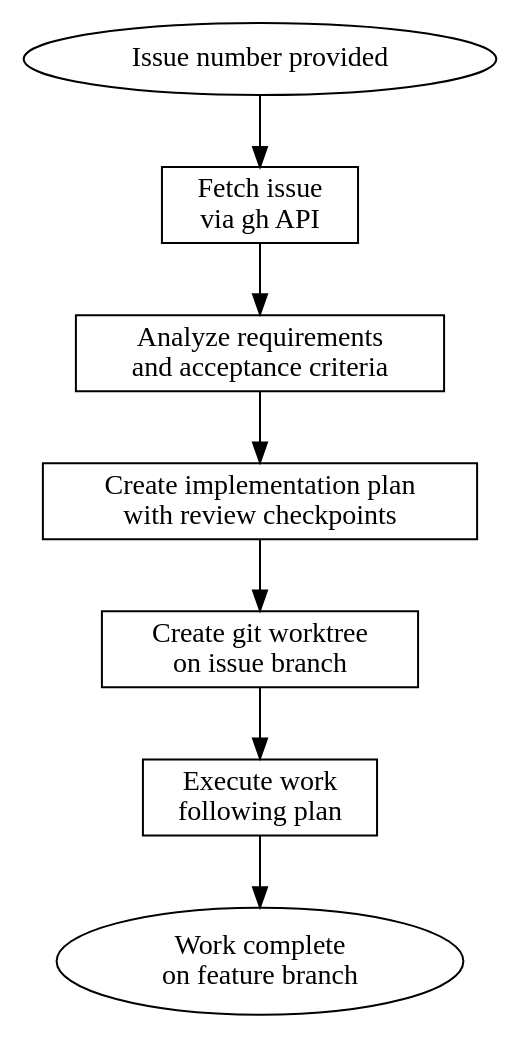
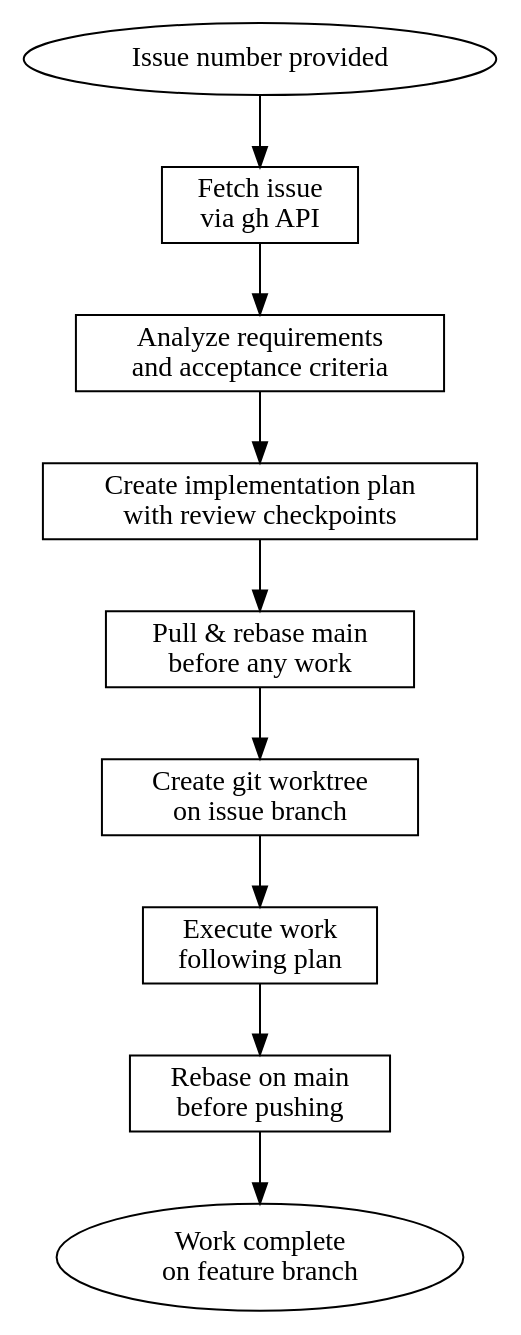
One commit to liamcrettol/rerolled changed the diagram in .claude/skills/develop-github-issue/SKILL.md. Above: the diagram before and after it, drawn with Graphviz. The commit also changed other lines of this file, not shown here.

Commit message:
docs: add main sync and pre-push rebase steps to develop-github-issue skill

````diff
--- a/.claude/skills/develop-github-issue/SKILL.md
+++ b/.claude/skills/develop-github-issue/SKILL.md
@@ -21,13 +21,16 @@
 ```dot
 digraph develop_issue {
     start [shape=ellipse, label="Issue number provided"];
     fetch [shape=box, label="Fetch issue\nvia gh API"];
     analyze [shape=box, label="Analyze requirements\nand acceptance criteria"];
     plan [shape=box, label="Create implementation plan\nwith review checkpoints"];
     branch [shape=box, label="Create git worktree\non issue branch"];
     execute [shape=box, label="Execute work\nfollowing plan"];
     end [shape=ellipse, label="Work complete\non feature branch"];
 
-    start -> fetch -> analyze -> plan -> branch -> execute -> end;
+    sync [shape=box, label="Pull & rebase main\nbefore any work"];
+    rebase [shape=box, label="Rebase on main\nbefore pushing"];
+
+    start -> fetch -> analyze -> plan -> sync -> branch -> execute -> rebase -> end;
 }
 ```
````
